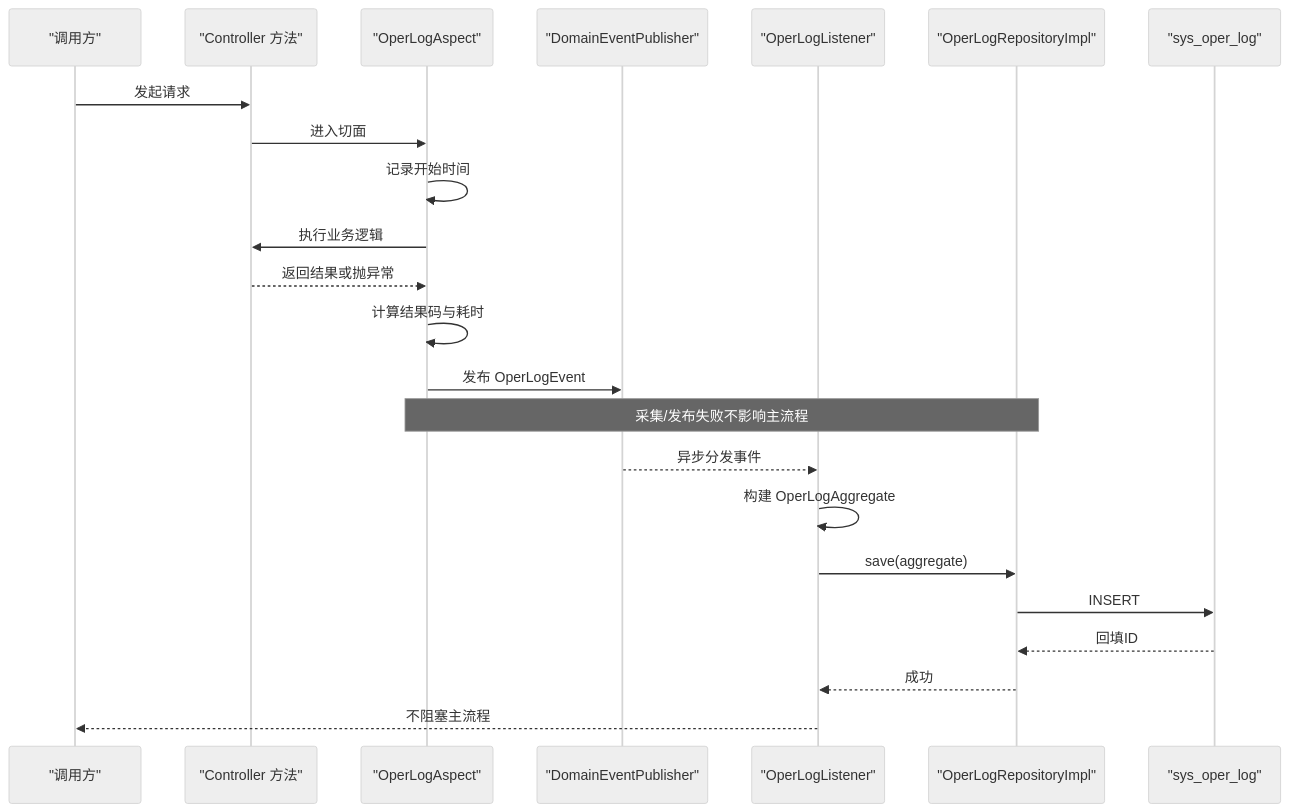
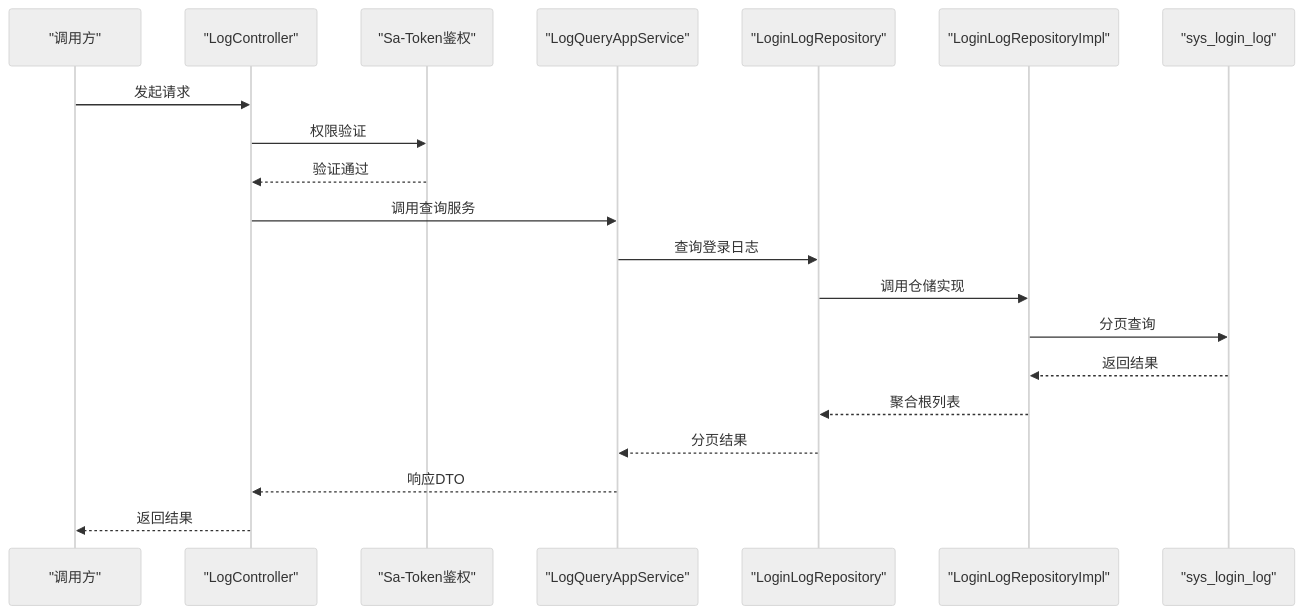
Before and after one commit to sunnaoxixi/spring-ddd-template: the second of 6 diagrams in .qoder/repowiki/zh/content/核心业务模块/操作日志模块.md, drawn with Mermaid (neutral theme). The commit also changed other lines of this file and 91 other files, not shown here.

````diff
--- a/.qoder/repowiki/zh/content/核心业务模块/操作日志模块.md
+++ b/.qoder/repowiki/zh/content/核心业务模块/操作日志模块.md
@@ -146,25 +167,22 @@
 ```mermaid
 sequenceDiagram
 participant C as "调用方"
-participant Ctrl as "Controller 方法"
-participant Aspect as "OperLogAspect"
-participant Pub as "DomainEventPublisher"
-participant L as "OperLogListener"
-participant Repo as "OperLogRepositoryImpl"
-participant DB as "sys_oper_log"
+participant Ctrl as "LogController"
+participant Auth as "Sa-Token鉴权"
+participant App as "LogQueryAppService"
+participant Repo as "LoginLogRepository"
+participant Impl as "LoginLogRepositoryImpl"
+participant DB as "sys_login_log"
 C->>Ctrl : 发起请求
-Ctrl->>Aspect : 进入切面
-Aspect->>Aspect : 记录开始时间
-Aspect->>Ctrl : 执行业务逻辑
-Ctrl-->>Aspect : 返回结果或抛异常
-Aspect->>Aspect : 计算结果码与耗时
-Aspect->>Pub : 发布 OperLogEvent
-Note over Aspect,Repo : 采集/发布失败不影响主流程
-Pub-->>L : 异步分发事件
-L->>L : 构建 OperLogAggregate
-L->>Repo : save(aggregate)
-Repo->>DB : INSERT
-DB-->>Repo : 回填ID
-Repo-->>L : 成功
-L-->>C : 不阻塞主流程
+Ctrl->>Auth : 权限验证
+Auth-->>Ctrl : 验证通过
+Ctrl->>App : 调用查询服务
+App->>Repo : 查询登录日志
+Repo->>Impl : 调用仓储实现
+Impl->>DB : 分页查询
+DB-->>Impl : 返回结果
+Impl-->>Repo : 聚合根列表
+Repo-->>App : 分页结果
+App-->>Ctrl : 响应DTO
+Ctrl-->>C : 返回结果
 ```
````
